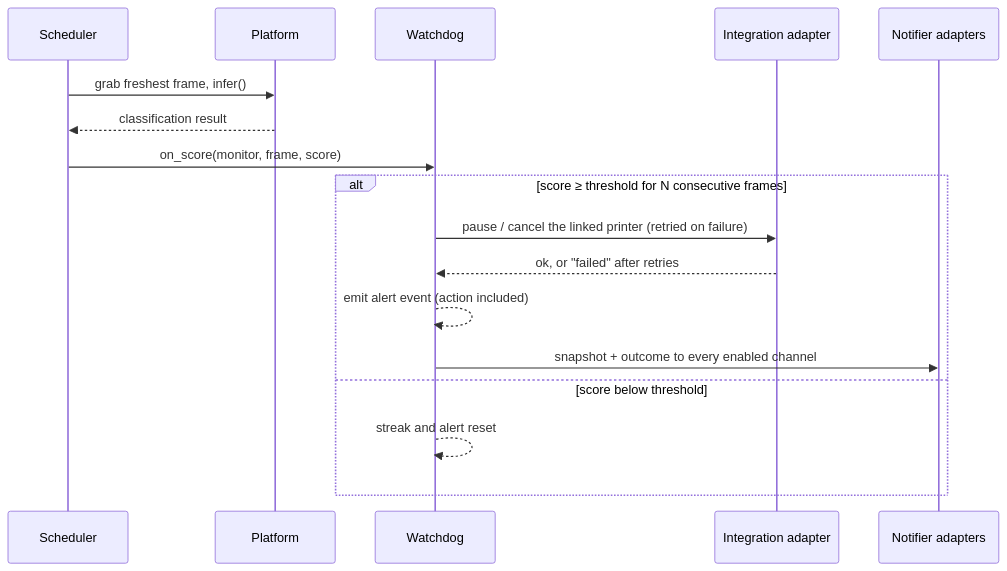
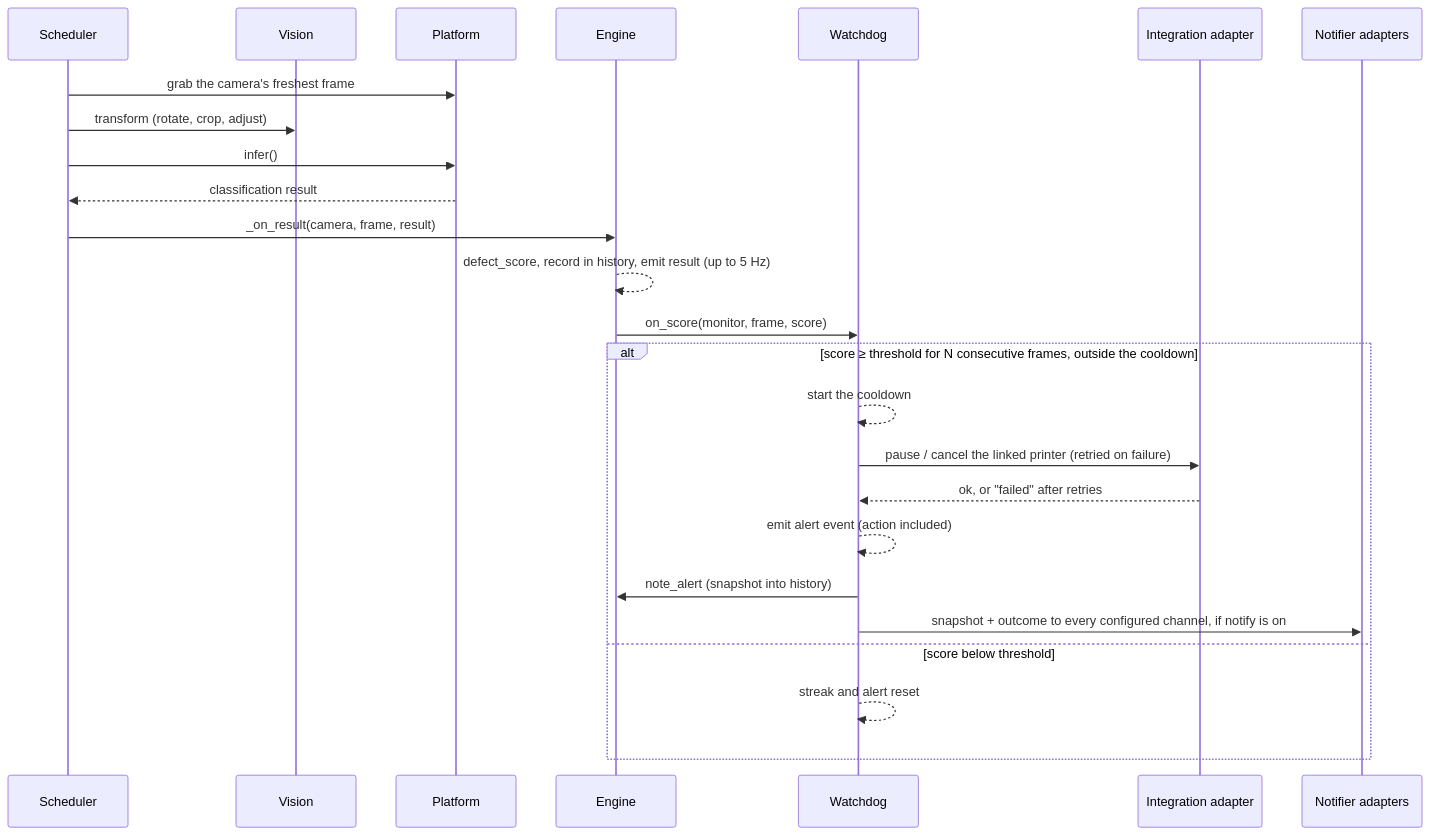
One commit to oliverbravery/PrintGuard changed the third of 5 diagrams in docs/architecture.md. Above: the diagram before and after it, drawn with Mermaid. The commit also changed other lines of this file, not shown here.

Commit message:
Reorder the architecture page around the detection path and complete its command, event and platform tables

````diff
--- a/docs/architecture.md
+++ b/docs/architecture.md
@@ -329,20 +286,28 @@
 ```mermaid
 sequenceDiagram
     participant S as Scheduler
+    participant V as Vision
     participant P as Platform
+    participant E as Engine
     participant W as Watchdog
     participant I as Integration adapter
     participant N as Notifier adapters
 
-    S->>P: grab freshest frame, infer()
+    S->>P: grab the camera's freshest frame
+    S->>V: transform (rotate, crop, adjust)
+    S->>P: infer()
     P-->>S: classification result
-    S->>W: on_score(monitor, frame, score)
-    alt score ≥ threshold for N consecutive frames
+    S->>E: _on_result(camera, frame, result)
+    E-->>E: defect_score, record in history, emit result (up to 5 Hz)
+    E->>W: on_score(monitor, frame, score)
+    alt score ≥ threshold for N consecutive frames, outside the cooldown
+        W-->>W: start the cooldown
         W->>I: pause / cancel the linked printer (retried on failure)
         I-->>W: ok, or "failed" after retries
         W-->>W: emit alert event (action included)
-        W->>N: snapshot + outcome to every enabled channel
+        W->>E: note_alert (snapshot into history)
+        W->>N: snapshot + outcome to every configured channel, if notify is on
     else score below threshold
         W-->>W: streak and alert reset
     end
 ```
````
